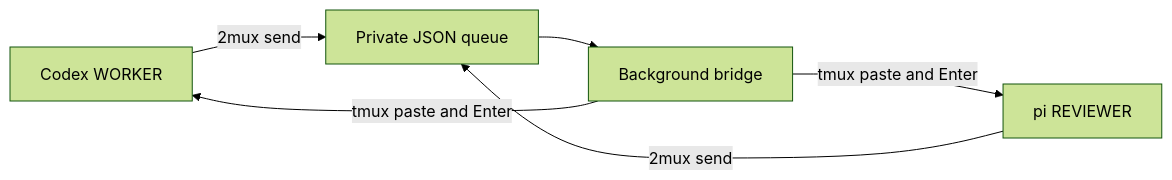
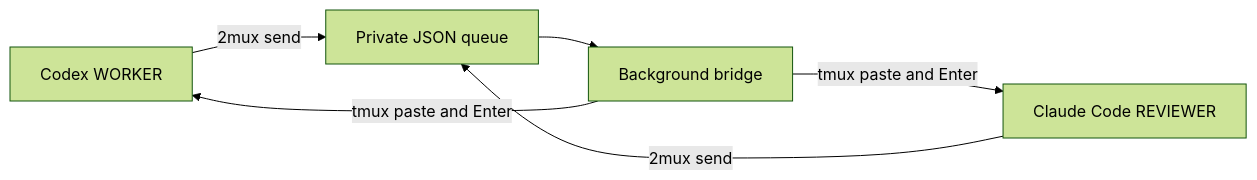
The first of 2 diagrams in docs/architecture.md (avhrst/2mux), drawn with Mermaid (forest theme) before and after one commit. The commit also changed other lines of this file and 15 other files, not shown here.

First line of the commit message:
Switch reviewer from pi to Claude Code

````diff
--- a/docs/architecture.md
+++ b/docs/architecture.md
@@ -9,8 +9,8 @@
 ```mermaid
 flowchart LR
     W[Codex WORKER] -->|2mux send| Q[Private JSON queue]
-    R[pi REVIEWER] -->|2mux send| Q
+    R[Claude Code REVIEWER] -->|2mux send| Q
     Q --> B[Background bridge]
     B -->|tmux paste and Enter| W
     B -->|tmux paste and Enter| R
 ```
````
